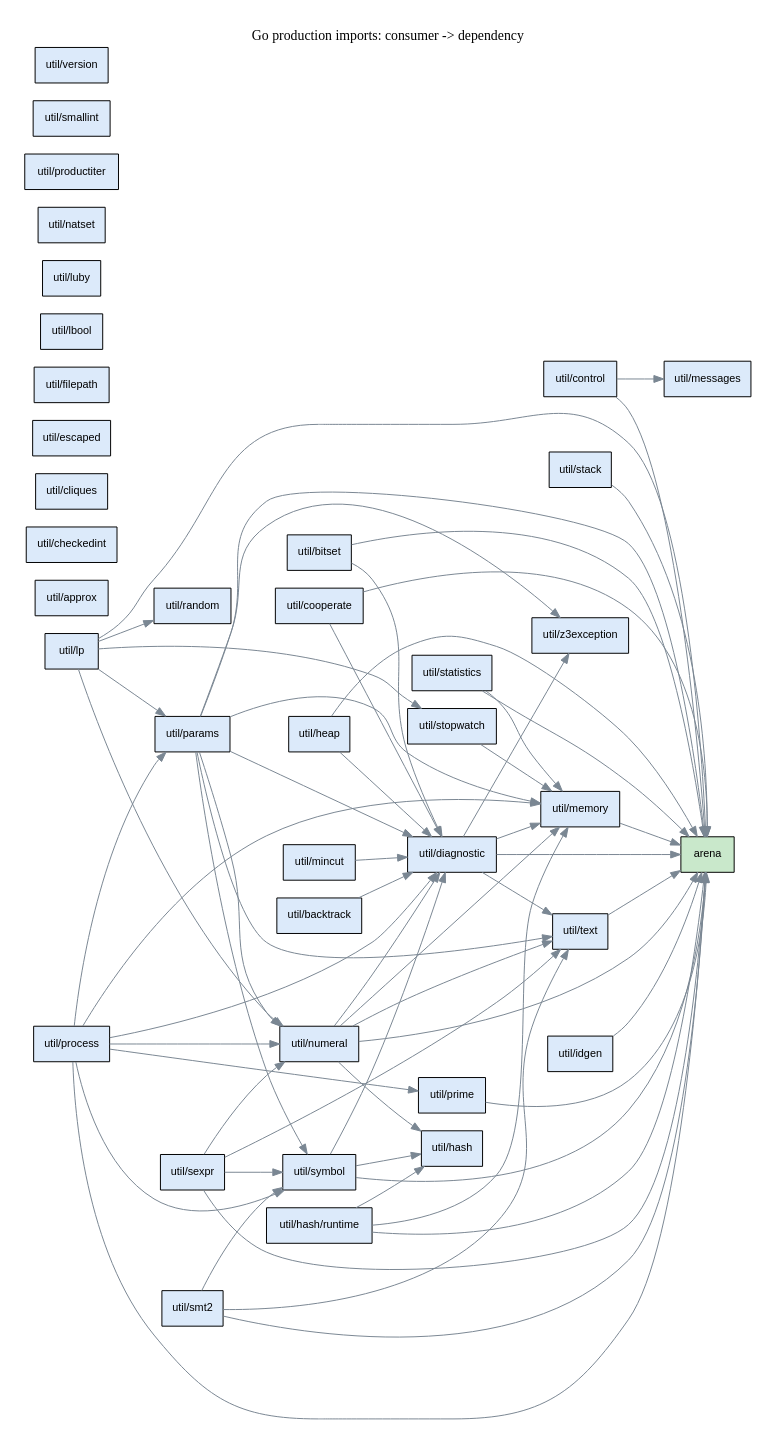
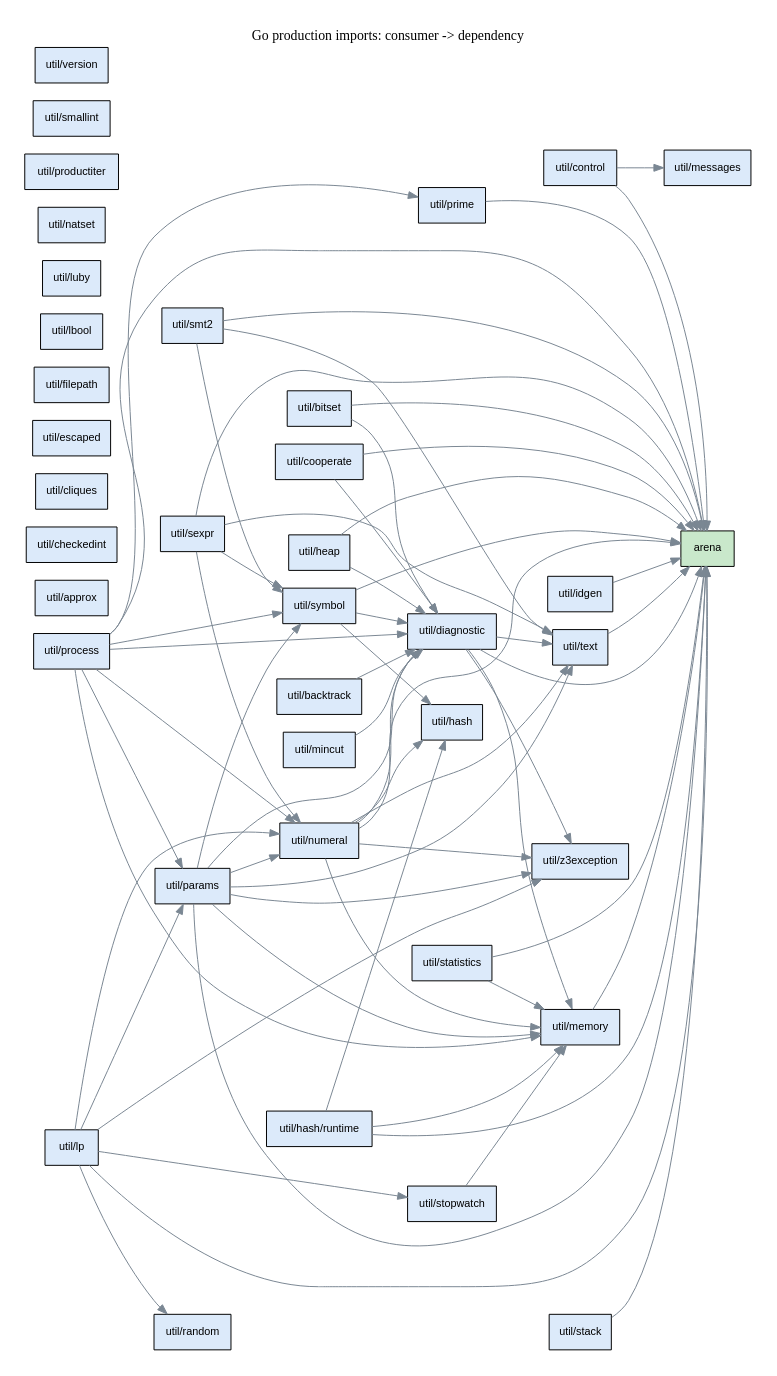
The diagram in doc/util_dependencies.dot (glycerine/g3-preview), drawn with Graphviz before and after one commit. The commit also changed 7 other files, not shown here.

```diff
--- a/doc/util_dependencies.dot
+++ b/doc/util_dependencies.dot
@@ -1,105 +1,107 @@
 digraph packages {
   rankdir=LR;
   graph [bgcolor=white, pad=0.25];
   node [shape=box, fontname="sans-serif", fontsize=11];
   edge [color="#7a8793"];
   label="Go production imports: consumer -> dependency";
   labelloc=t;
   "arena" [style=filled, fillcolor="#c9e8cb"];
   "util/approx" [style=filled, fillcolor="#dceafa"];
   "util/backtrack" [style=filled, fillcolor="#dceafa"];
   "util/backtrack" -> "util/diagnostic";
   "util/bitset" [style=filled, fillcolor="#dceafa"];
   "util/bitset" -> "arena";
   "util/bitset" -> "util/diagnostic";
   "util/checkedint" [style=filled, fillcolor="#dceafa"];
   "util/cliques" [style=filled, fillcolor="#dceafa"];
   "util/control" [style=filled, fillcolor="#dceafa"];
   "util/control" -> "arena";
   "util/control" -> "util/messages";
   "util/cooperate" [style=filled, fillcolor="#dceafa"];
   "util/cooperate" -> "arena";
   "util/cooperate" -> "util/diagnostic";
   "util/diagnostic" [style=filled, fillcolor="#dceafa"];
   "util/diagnostic" -> "arena";
   "util/diagnostic" -> "util/memory";
   "util/diagnostic" -> "util/text";
   "util/diagnostic" -> "util/z3exception";
   "util/escaped" [style=filled, fillcolor="#dceafa"];
   "util/filepath" [style=filled, fillcolor="#dceafa"];
   "util/hash" [style=filled, fillcolor="#dceafa"];
   "util/hash/runtime" [style=filled, fillcolor="#dceafa"];
   "util/hash/runtime" -> "arena";
   "util/hash/runtime" -> "util/hash";
   "util/hash/runtime" -> "util/memory";
   "util/heap" [style=filled, fillcolor="#dceafa"];
   "util/heap" -> "arena";
   "util/heap" -> "util/diagnostic";
   "util/idgen" [style=filled, fillcolor="#dceafa"];
   "util/idgen" -> "arena";
   "util/lbool" [style=filled, fillcolor="#dceafa"];
   "util/lp" [style=filled, fillcolor="#dceafa"];
   "util/lp" -> "arena";
   "util/lp" -> "util/numeral";
   "util/lp" -> "util/params";
   "util/lp" -> "util/random";
   "util/lp" -> "util/stopwatch";
+  "util/lp" -> "util/z3exception";
   "util/luby" [style=filled, fillcolor="#dceafa"];
   "util/memory" [style=filled, fillcolor="#dceafa"];
   "util/memory" -> "arena";
   "util/messages" [style=filled, fillcolor="#dceafa"];
   "util/mincut" [style=filled, fillcolor="#dceafa"];
   "util/mincut" -> "util/diagnostic";
   "util/natset" [style=filled, fillcolor="#dceafa"];
   "util/numeral" [style=filled, fillcolor="#dceafa"];
   "util/numeral" -> "arena";
   "util/numeral" -> "util/diagnostic";
   "util/numeral" -> "util/hash";
   "util/numeral" -> "util/memory";
   "util/numeral" -> "util/text";
+  "util/numeral" -> "util/z3exception";
   "util/params" [style=filled, fillcolor="#dceafa"];
   "util/params" -> "arena";
   "util/params" -> "util/diagnostic";
   "util/params" -> "util/memory";
   "util/params" -> "util/numeral";
   "util/params" -> "util/symbol";
   "util/params" -> "util/text";
   "util/params" -> "util/z3exception";
   "util/prime" [style=filled, fillcolor="#dceafa"];
   "util/prime" -> "arena";
   "util/process" [style=filled, fillcolor="#dceafa"];
   "util/process" -> "arena";
   "util/process" -> "util/diagnostic";
   "util/process" -> "util/memory";
   "util/process" -> "util/numeral";
   "util/process" -> "util/params";
   "util/process" -> "util/prime";
   "util/process" -> "util/symbol";
   "util/productiter" [style=filled, fillcolor="#dceafa"];
   "util/random" [style=filled, fillcolor="#dceafa"];
   "util/sexpr" [style=filled, fillcolor="#dceafa"];
   "util/sexpr" -> "arena";
   "util/sexpr" -> "util/numeral";
   "util/sexpr" -> "util/symbol";
   "util/sexpr" -> "util/text";
   "util/smallint" [style=filled, fillcolor="#dceafa"];
   "util/smt2" [style=filled, fillcolor="#dceafa"];
   "util/smt2" -> "arena";
   "util/smt2" -> "util/symbol";
   "util/smt2" -> "util/text";
   "util/stack" [style=filled, fillcolor="#dceafa"];
   "util/stack" -> "arena";
   "util/statistics" [style=filled, fillcolor="#dceafa"];
   "util/statistics" -> "arena";
   "util/statistics" -> "util/memory";
   "util/stopwatch" [style=filled, fillcolor="#dceafa"];
   "util/stopwatch" -> "util/memory";
   "util/symbol" [style=filled, fillcolor="#dceafa"];
   "util/symbol" -> "arena";
   "util/symbol" -> "util/diagnostic";
   "util/symbol" -> "util/hash";
   "util/text" [style=filled, fillcolor="#dceafa"];
   "util/text" -> "arena";
   "util/version" [style=filled, fillcolor="#dceafa"];
   "util/z3exception" [style=filled, fillcolor="#dceafa"];
 }
```
